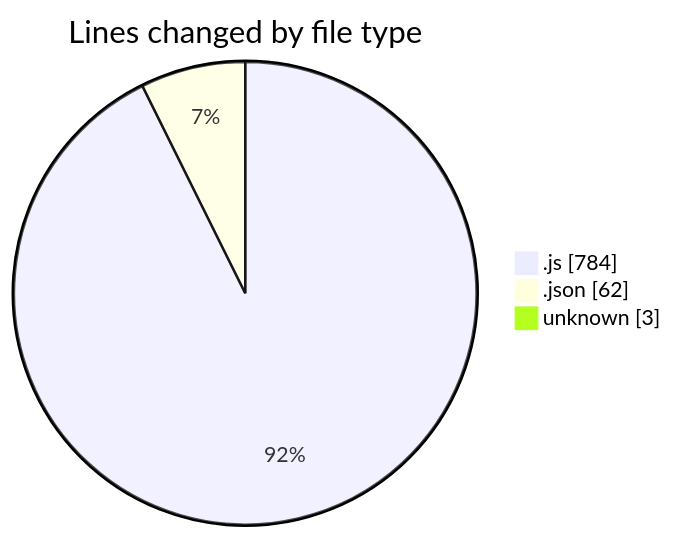
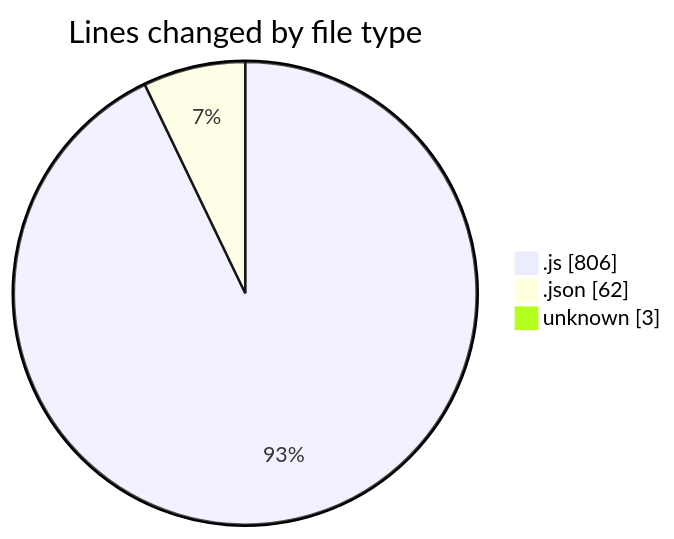
The first of 2 diagrams in 2025-07-02/mern-thinkboard/README.md (Ritupan-Deka/code-tracking), drawn with Mermaid before and after one commit. The commit also changed other lines of this file and 1 other file, not shown here.

````diff
--- a/2025-07-02/mern-thinkboard/README.md
+++ b/2025-07-02/mern-thinkboard/README.md
@@ -31,7 +31,7 @@
 ```mermaid
 pie showData
 title Lines changed by file type
-".js" : 784
+".js" : 806
 ".json" : 62
 "unknown" : 3
 ```
````
